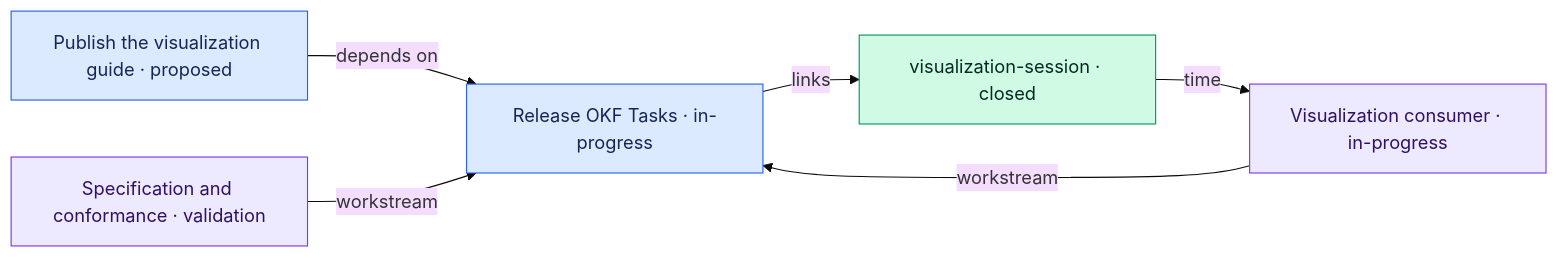
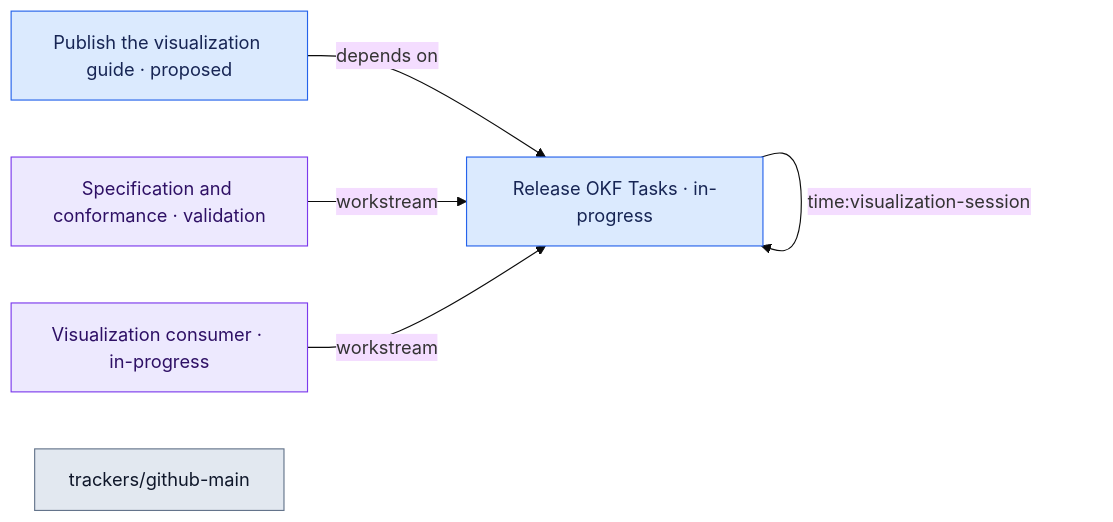
One commit to polaralias/okf-tasks changed the diagram in docs/VISUALIZATION.md. Above: the diagram before and after it, drawn with Mermaid (base theme). The commit also changed other lines of this file and 93 other files, not shown here.

````diff
--- a/docs/VISUALIZATION.md
+++ b/docs/VISUALIZATION.md
@@ -7,17 +7,15 @@
 ```mermaid
 flowchart LR
     n0["Publish the visualization guide · proposed"]:::task
     n1["Release OKF Tasks · in-progress"]:::task
-    n2["visualization-session · closed"]:::time_entry
-    n3["Specification and conformance · validation"]:::workstream
-    n4["Visualization consumer · in-progress"]:::workstream
+    n2["Specification and conformance · validation"]:::workstream
+    n3["Visualization consumer · in-progress"]:::workstream
+    n4["trackers/github-main"]:::unknown
     n0 -->|depends on| n1
-    n1 -->|links| n2
-    n2 -->|time| n4
+    n1 -->|time:visualization-session| n1
+    n2 -->|workstream| n1
     n3 -->|workstream| n1
-    n4 -->|workstream| n1
     classDef task fill:#dbeafe,stroke:#2563eb,color:#172554
     classDef workstream fill:#ede9fe,stroke:#7c3aed,color:#2e1065
-    classDef time_entry fill:#d1fae5,stroke:#059669,color:#022c22
     classDef unknown fill:#e2e8f0,stroke:#64748b,color:#0f172a
 ```
````
